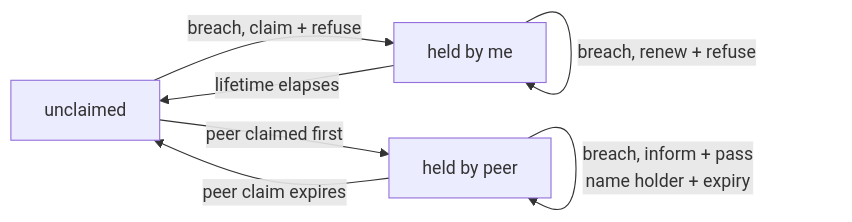
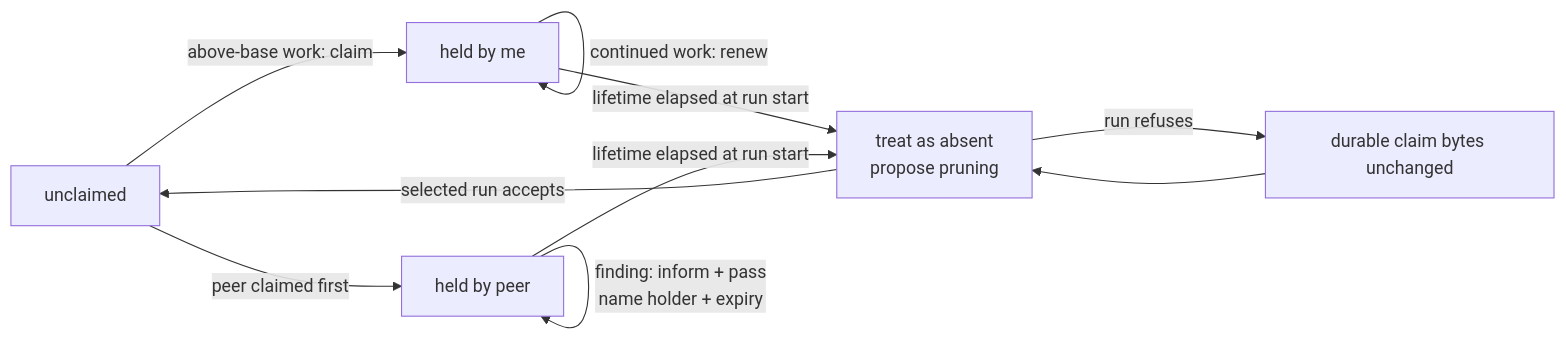
One commit to infimalabs/spice-rust changed the eighth of 14 diagrams in docs/product/checks.md. Above: the diagram before and after it, drawn with Mermaid. The commit also changed other lines of this file and 71 other files, not shown here.

````diff
--- a/docs/product/checks.md
+++ b/docs/product/checks.md
@@ -181,9 +219,12 @@
 ```mermaid
 flowchart LR
-  U[unclaimed] -->|"breach, claim + refuse"| M["held by me"]
-  M -->|"breach, renew + refuse"| M
-  M -->|"lifetime elapses"| U
+  U[unclaimed] -->|"above-base work: claim"| M["held by me"]
+  M -->|"continued work: renew"| M
+  M -->|"lifetime elapsed at run start"| X["treat as absent<br/>propose pruning"]
   U -->|"peer claimed first"| P["held by peer"]
-  P -->|"breach, inform + pass<br/>name holder + expiry"| P
-  P -->|"peer claim expires"| U
+  P -->|"finding: inform + pass<br/>name holder + expiry"| P
+  P -->|"lifetime elapsed at run start"| X
+  X -->|"selected run accepts"| U
+  X -->|"run refuses"| D["durable claim bytes unchanged"]
+  D --> X
 ```
````
